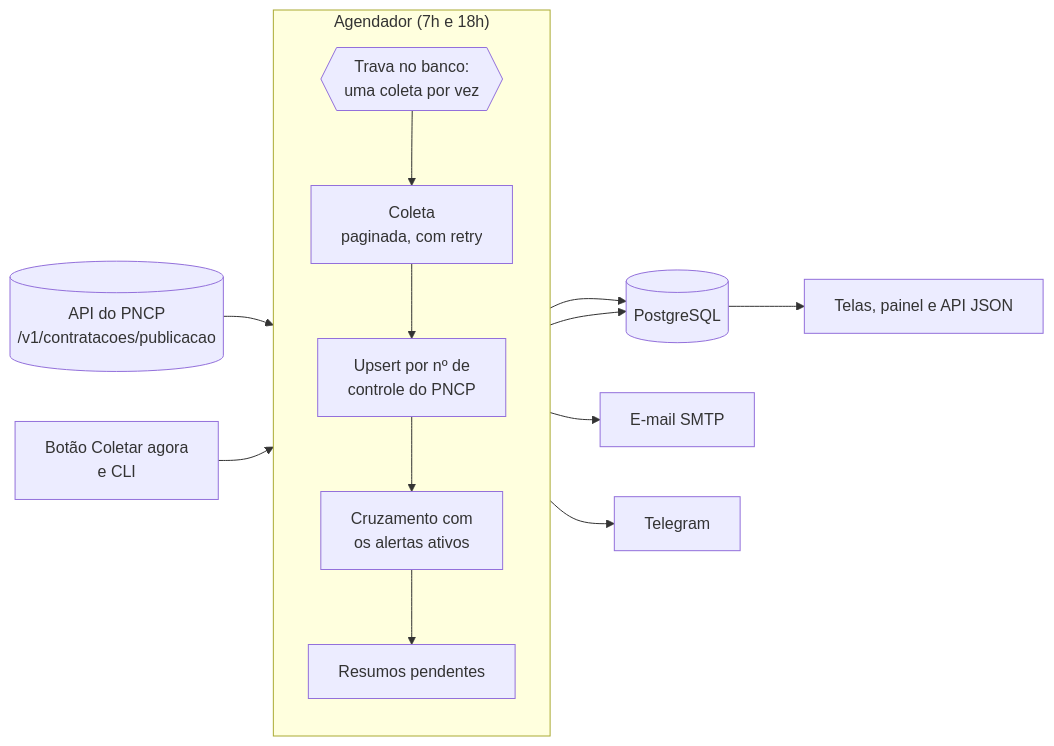
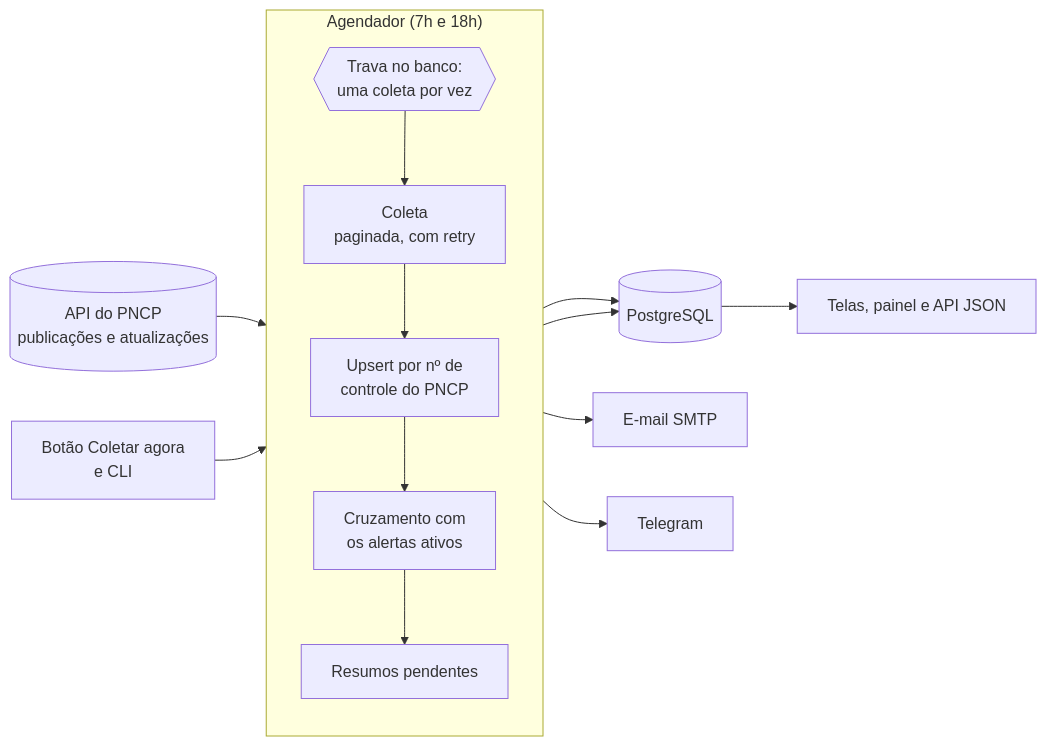
Before and after one commit to Netero-mac/Radar-licitacao: the first of 2 diagrams in README.md, drawn with Mermaid. The commit also changed other lines of this file and 27 other files, not shown here.

````diff
--- a/README.md
+++ b/README.md
@@ -33,18 +34,18 @@
 ```mermaid
 flowchart LR
-    PNCP[(API do PNCP<br>/v1/contratacoes/publicacao)]
+    PNCP[(API do PNCP<br>publicações e atualizações)]
     subgraph Agendador["Agendador (7h e 18h)"]
         direction TB
         L{{Trava no banco:<br>uma coleta por vez}} --> C[Coleta<br>paginada, com retry]
         C --> U[Upsert por nº de<br>controle do PNCP]
         U --> M[Cruzamento com<br>os alertas ativos]
         M --> R[Resumos pendentes]
     end
     PNCP --> C
     U --> DB[(PostgreSQL)]
     M --> DB
     R --> E[E-mail SMTP]
     R --> T[Telegram]
     DB --> W[Telas, painel e API JSON]
     B[Botão Coletar agora<br>e CLI] --> L
 ```
````
